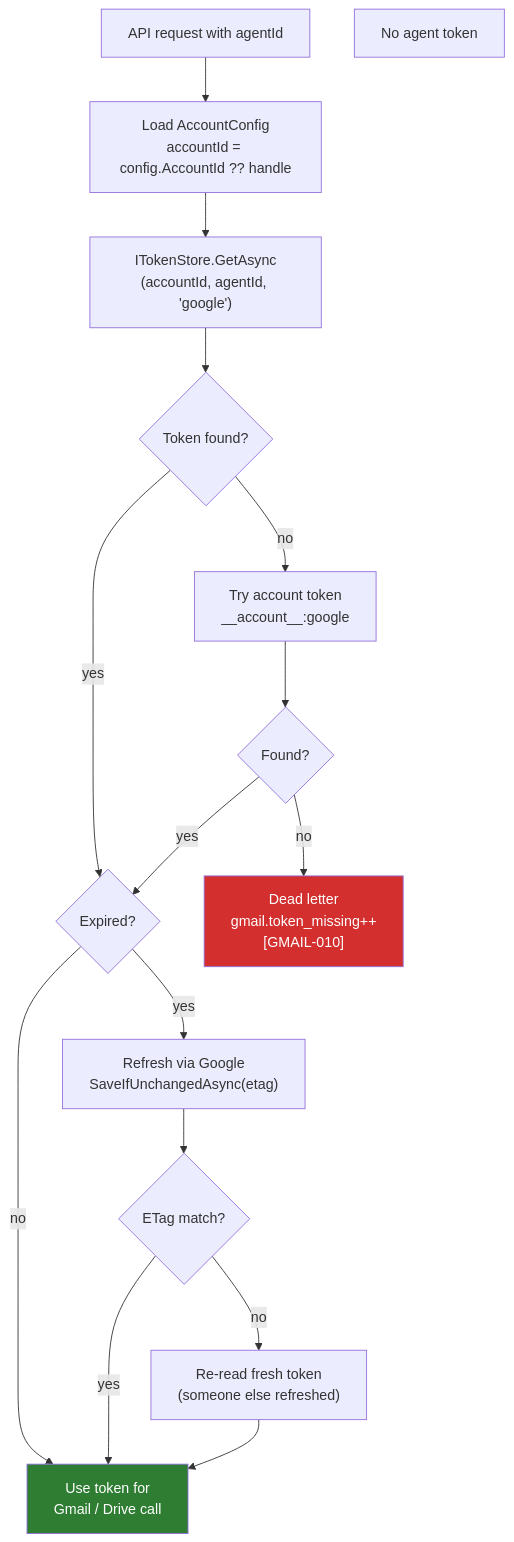
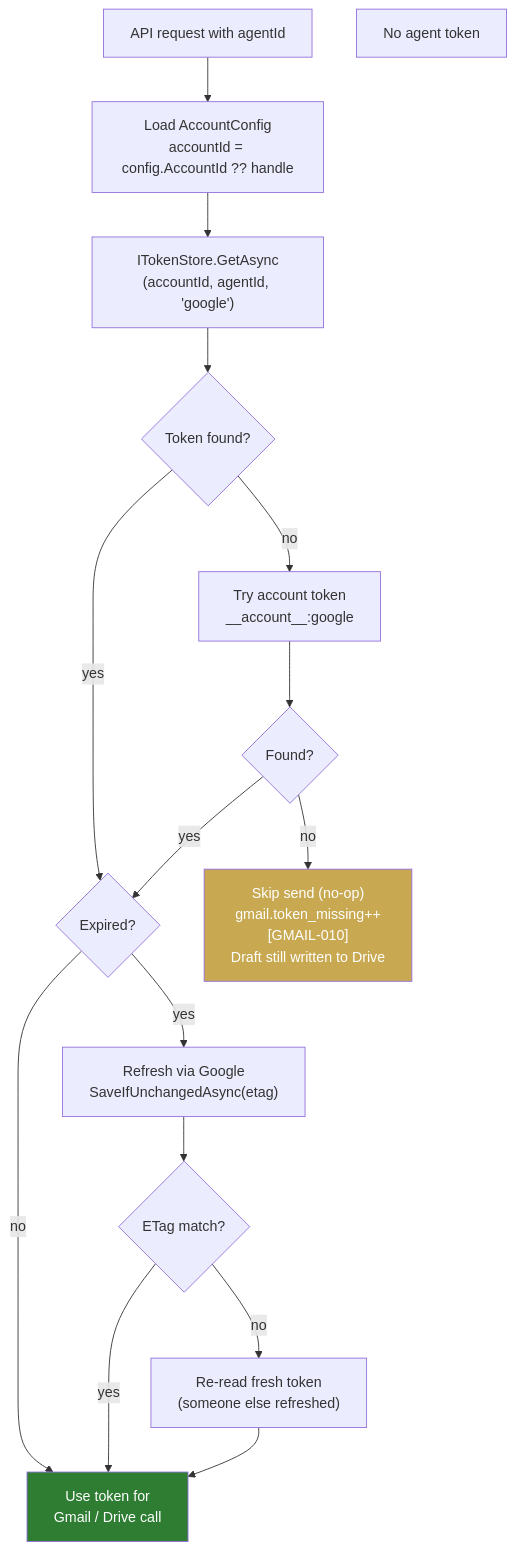
The sixth of 6 diagrams in docs/superpowers/specs/2026-03-23-google-api-clients-token-persistence-design.md (edward-rosado/jenisesells-website), drawn with Mermaid before and after one commit. The commit also changed other lines of this file, not shown here.

Commit message:
docs: missing OAuth is not a failure — skip send, write draft, no retry

````diff
--- a/docs/superpowers/specs/2026-03-23-google-api-clients-token-persistence-design.md
+++ b/docs/superpowers/specs/2026-03-23-google-api-clients-token-persistence-design.md
@@ -457,32 +464,32 @@
 ```mermaid
 flowchart TD
     REQ["API request with agentId"]
     ACC["Load AccountConfig\naccountId = config.AccountId ?? handle"]
     TS["ITokenStore.GetAsync\n(accountId, agentId, 'google')"]
 
     HAS{Token found?}
     EXP{Expired?}
     REF["Refresh via Google\nSaveIfUnchangedAsync(etag)"]
     RETRY{ETag match?}
     REREAD["Re-read fresh token\n(someone else refreshed)"]
     USE["Use token for\nGmail / Drive call"]
 
     NOPE["No agent token"]
     FALL["Try account token\n__account__:google"]
     HAS2{Found?}
-    DL["Dead letter\ngmail.token_missing++\n[GMAIL-010]"]
+    SKIP["Skip send (no-op)\ngmail.token_missing++\n[GMAIL-010]\nDraft still written to Drive"]
 
     REQ --> ACC --> TS --> HAS
     HAS -->|yes| EXP
     HAS -->|no| FALL
     EXP -->|yes| REF --> RETRY
     EXP -->|no| USE
     RETRY -->|yes| USE
     RETRY -->|no| REREAD --> USE
     FALL --> HAS2
     HAS2 -->|yes| EXP
-    HAS2 -->|no| DL
+    HAS2 -->|no| SKIP
 
     style USE fill:#2E7D32,color:#fff
-    style DL fill:#D32F2F,color:#fff
+    style SKIP fill:#C8A951,color:#fff
 ```
````
